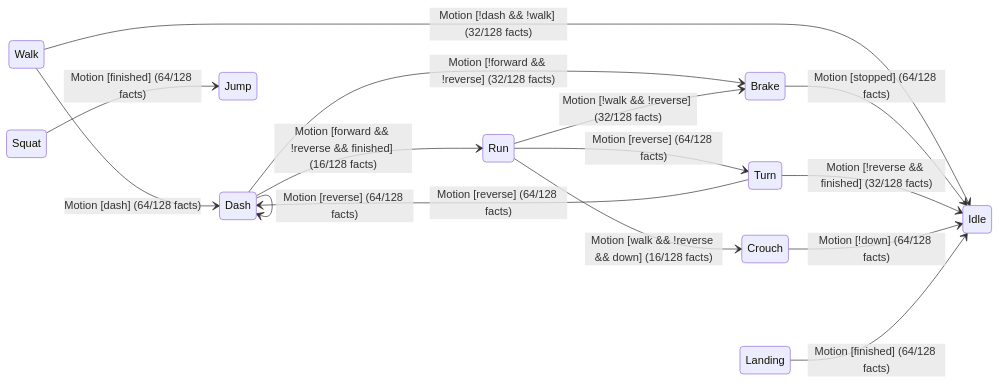
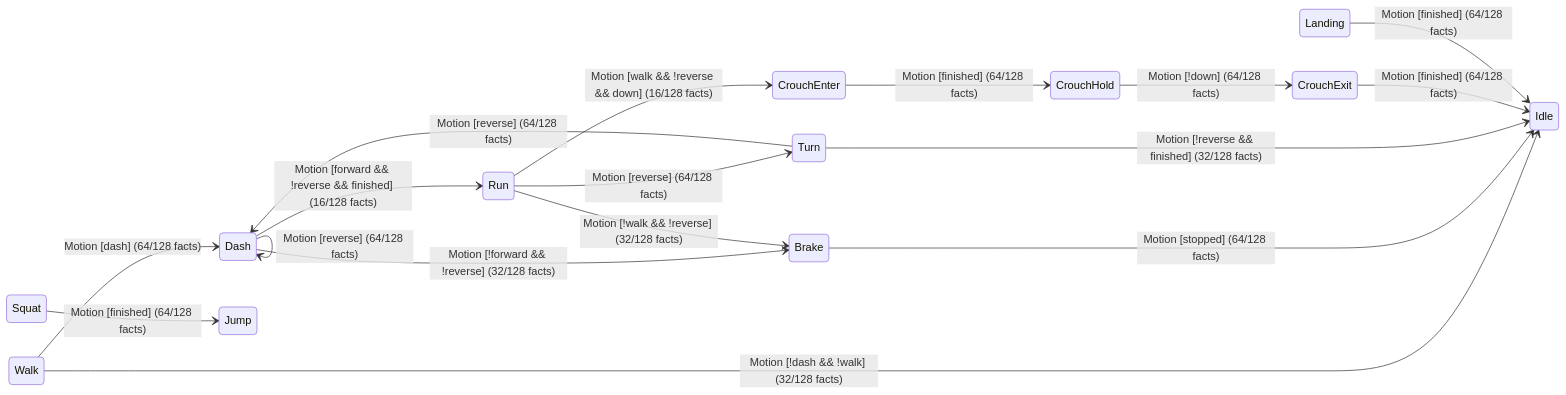
One commit to hafley66/hafley-rs changed the third of 3 diagrams in games/crates/fighter/5_ground_chart.md. Above: the diagram before and after it, drawn with Mermaid. The commit also changed other lines of this file and 15 other files, not shown here.

````diff
--- a/games/crates/fighter/5_ground_chart.md
+++ b/games/crates/fighter/5_ground_chart.md
@@ -69,18 +73,20 @@
 ```mermaid
 stateDiagram-v2
 direction LR
     Walk --> Idle: Motion [!dash && !walk] (32/128 facts)
     Walk --> Dash: Motion [dash] (64/128 facts)
     Dash --> Dash: Motion [reverse] (64/128 facts)
     Dash --> Run: Motion [forward && !reverse && finished] (16/128 facts)
     Dash --> Brake: Motion [!forward && !reverse] (32/128 facts)
     Run --> Brake: Motion [!walk && !reverse] (32/128 facts)
     Run --> Turn: Motion [reverse] (64/128 facts)
-    Run --> Crouch: Motion [walk && !reverse && down] (16/128 facts)
+    Run --> CrouchEnter: Motion [walk && !reverse && down] (16/128 facts)
     Brake --> Idle: Motion [stopped] (64/128 facts)
     Turn --> Idle: Motion [!reverse && finished] (32/128 facts)
     Turn --> Dash: Motion [reverse] (64/128 facts)
     Squat --> Jump: Motion [finished] (64/128 facts)
-    Crouch --> Idle: Motion [!down] (64/128 facts)
+    CrouchEnter --> CrouchHold: Motion [finished] (64/128 facts)
+    CrouchHold --> CrouchExit: Motion [!down] (64/128 facts)
+    CrouchExit --> Idle: Motion [finished] (64/128 facts)
     Landing --> Idle: Motion [finished] (64/128 facts)
 ```
````
